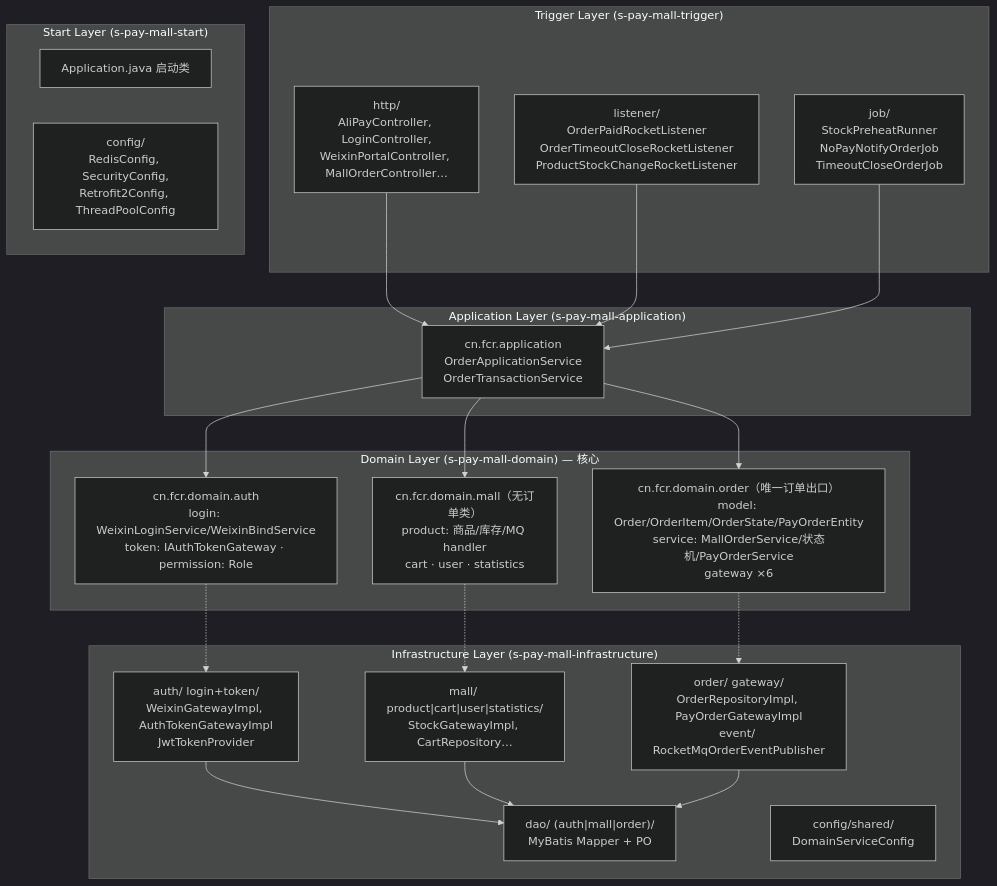
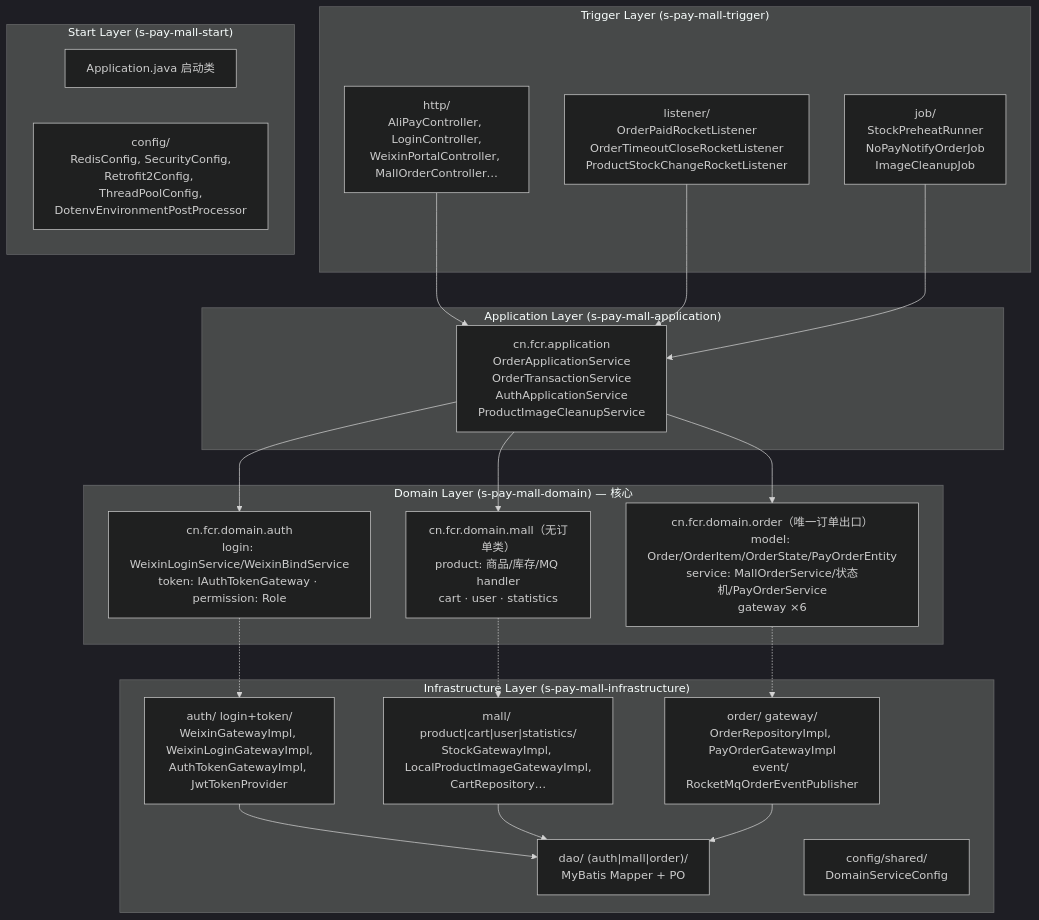
Before and after one commit to sxlva/s-pay-mall: the first of 2 diagrams in docs/design/README.md, drawn with Mermaid (dark theme). The commit also changed other lines of this file and 3 other files, not shown here.

````diff
--- a/docs/design/README.md
+++ b/docs/design/README.md
@@ -12,44 +12,44 @@
 ```mermaid
 flowchart TB
     subgraph Trigger["Trigger Layer (s-pay-mall-trigger)"]
         T1["http/<br/>AliPayController, LoginController,<br/>WeixinPortalController, MallOrderController…"]
         T2["listener/<br/>OrderPaidRocketListener<br/>OrderTimeoutCloseRocketListener<br/>ProductStockChangeRocketListener"]
-        T3["job/<br/>StockPreheatRunner<br/>NoPayNotifyOrderJob<br/>TimeoutCloseOrderJob"]
+        T3["job/<br/>StockPreheatRunner<br/>NoPayNotifyOrderJob<br/>ImageCleanupJob"]
     end
 
     subgraph App["Application Layer (s-pay-mall-application)"]
-        T4["cn.fcr.application<br/>OrderApplicationService<br/>OrderTransactionService"]
+        T4["cn.fcr.application<br/>OrderApplicationService<br/>OrderTransactionService<br/>AuthApplicationService<br/>ProductImageCleanupService"]
     end
 
     subgraph Start["Start Layer (s-pay-mall-start)"]
         A1["Application.java 启动类"]
-        A2["config/<br/>RedisConfig, SecurityConfig,<br/>Retrofit2Config, ThreadPoolConfig"]
+        A2["config/<br/>RedisConfig, SecurityConfig,<br/>Retrofit2Config, ThreadPoolConfig,<br/>DotenvEnvironmentPostProcessor"]
     end
 
     subgraph Domain["Domain Layer (s-pay-mall-domain) — 核心"]
         D1["cn.fcr.domain.auth<br/>login: WeixinLoginService/WeixinBindService<br/>token: IAuthTokenGateway · permission: Role"]
         D2["cn.fcr.domain.mall（无订单类）<br/>product: 商品/库存/MQ handler<br/>cart · user · statistics"]
         D3["cn.fcr.domain.order（唯一订单出口）<br/>model: Order/OrderItem/OrderState/PayOrderEntity<br/>service: MallOrderService/状态机/PayOrderService<br/>gateway ×6"]
     end
 
     subgraph Infra["Infrastructure Layer (s-pay-mall-infrastructure)"]
-        I1["auth/ login+token/<br/>WeixinGatewayImpl, AuthTokenGatewayImpl<br/>JwtTokenProvider"]
-        I2["mall/ product|cart|user|statistics/<br/>StockGatewayImpl, CartRepository…"]
+        I1["auth/ login+token/<br/>WeixinGatewayImpl, WeixinLoginGatewayImpl,<br/>AuthTokenGatewayImpl, JwtTokenProvider"]
+        I2["mall/ product|cart|user|statistics/<br/>StockGatewayImpl, LocalProductImageGatewayImpl,<br/>CartRepository…"]
         I3["order/ gateway/<br/>OrderRepositoryImpl, PayOrderGatewayImpl<br/>event/ RocketMqOrderEventPublisher"]
         I4["dao/ (auth|mall|order)/<br/>MyBatis Mapper + PO"]
         I5["config/shared/<br/>DomainServiceConfig"]
     end
 
     T1 --> T4
     T2 --> T4
     T3 --> T4
     T4 --> D1
     T4 --> D2
     T4 --> D3
     D1 -.-> I1
     D2 -.-> I2
     D3 -.-> I3
     I1 --> I4
     I2 --> I4
     I3 --> I4
 ```
````
